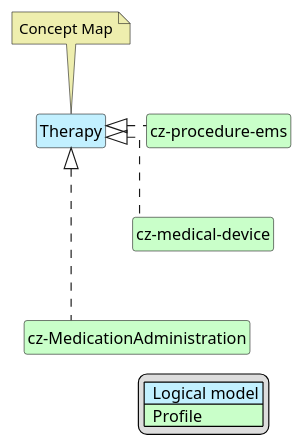
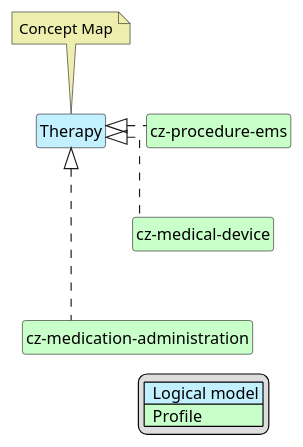
One commit to HL7-cz/cz-ems changed the diagram in input/images-source/emsTherapy-map.plantuml. Above: the diagram before and after it, drawn with PlantUML. The commit also changed 3 other files, not shown here.

Commit message:
Fix medication administration identifier

```diff
--- a/input/images-source/emsTherapy-map.plantuml
+++ b/input/images-source/emsTherapy-map.plantuml
@@ -1,32 +1,32 @@
 @startuml
 hide circle
 hide stereotype
 hide members
 hide methods
 skinparam linetype ortho
 skinparam class {
 BackgroundColor<<LogicalModel>> #APPLICATION
 BackgroundColor<<Profile>> #TECHNOLOGY
 }
 legend right
 | <#APPLICATION>  Logical model |
 | <#TECHNOLOGY>  Profile |
 endlegend
 
 class "Therapy" <<LogicalModel>> [[StructureDefinition-TherapyEmsCz.html]]
 note top #EEEEAE [[ConceptMap-Therapy2FHIR-cz.html]]
 Concept Map
 endnote
 
 class "cz-procedure-ems" <<Profile>> [[StructureDefinition-cz-procedure-ems.html]]
 class "cz-medical-device" <<Profile>> [[https://build.fhir.org/ig/HL7-cz/cz-core/StructureDefinition-cz-medical-device.html]]
-class "cz-MedicationAdministration" <<Profile>> [[StructureDefinition-cz-MedicationAdministration.html]]
+class "cz-medication-administration" <<Profile>> [[StructureDefinition-cz-medication-administration.html]]
 
 "Therapy" <|. "cz-procedure-ems"
 "Therapy" <|. "cz-medical-device"
-"Therapy" <|. "cz-MedicationAdministration"
+"Therapy" <|. "cz-medication-administration"
 
 "cz-procedure-ems" -d[hidden]-> "cz-medical-device"
-"cz-medical-device" -d[hidden]-> "cz-MedicationAdministration"
+"cz-medical-device" -d[hidden]-> "cz-medication-administration"
 
 @enduml
```
